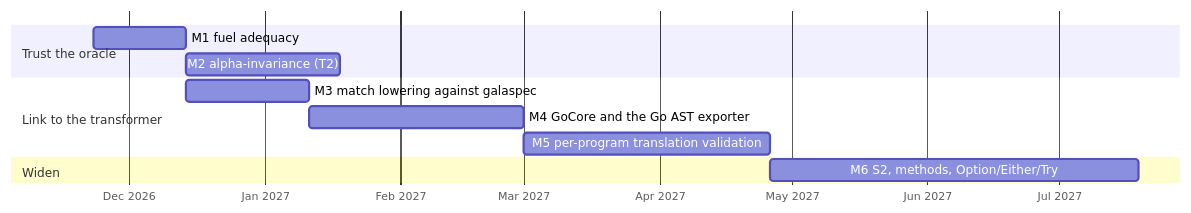
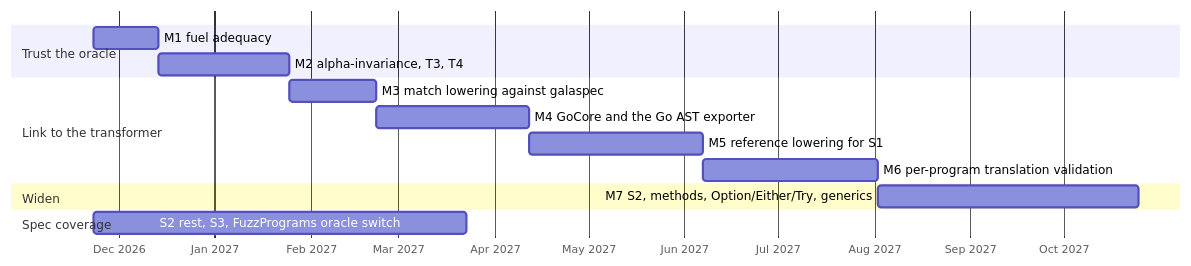
Before and after one commit to martianoff/gala: the sixth of 6 diagrams in docs/FORMAL_SEMANTICS.MD, drawn with Mermaid. The commit also changed other lines of this file and 1 other file, not shown here.

First line of the commit message:
docs: fix the roadmap's statements, trusted base and plan after review

````diff
--- a/docs/FORMAL_SEMANTICS.MD
+++ b/docs/FORMAL_SEMANTICS.MD
@@ -547,14 +595,17 @@
 ```mermaid
 gantt
     dateFormat  YYYY-MM-DD
     axisFormat  %b %Y
     section Trust the oracle
-    M1 fuel adequacy                       :m1, 2026-11-23, 21d
-    M2 alpha-invariance (T2)               :m2, after m1, 35d
+    M1 fuel adequacy                         :m1, 2026-11-23, 21d
+    M2 alpha-invariance, T3, T4              :m2, after m1, 42d
     section Link to the transformer
-    M3 match lowering against galaspec     :m3, after m1, 28d
-    M4 GoCore and the Go AST exporter      :m4, after m3, 49d
-    M5 per-program translation validation  :m5, after m4, 56d
+    M3 match lowering against galaspec       :m3, after m2, 28d
+    M4 GoCore and the Go AST exporter        :m4, after m3, 49d
+    M5 reference lowering for S1             :m5, after m4, 56d
+    M6 per-program translation validation    :m6, after m5, 56d
     section Widen
-    M6 S2, methods, Option/Either/Try      :m6, after m5, 84d
+    M7 S2, methods, Option/Either/Try, generics :m7, after m6, 84d
+    section Spec coverage
+    S2 rest, S3, FuzzPrograms oracle switch  :c1, 2026-11-23, 120d
 ```
````
